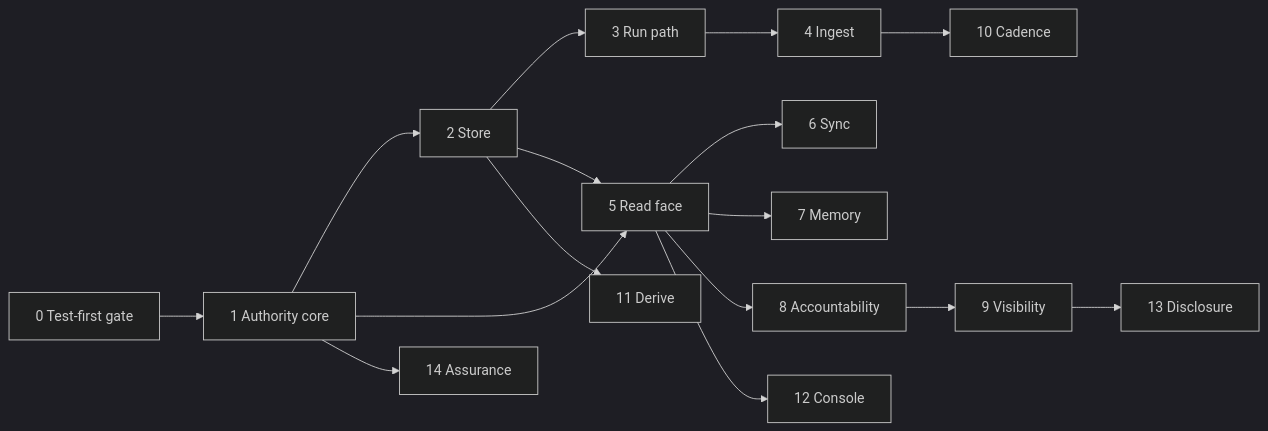
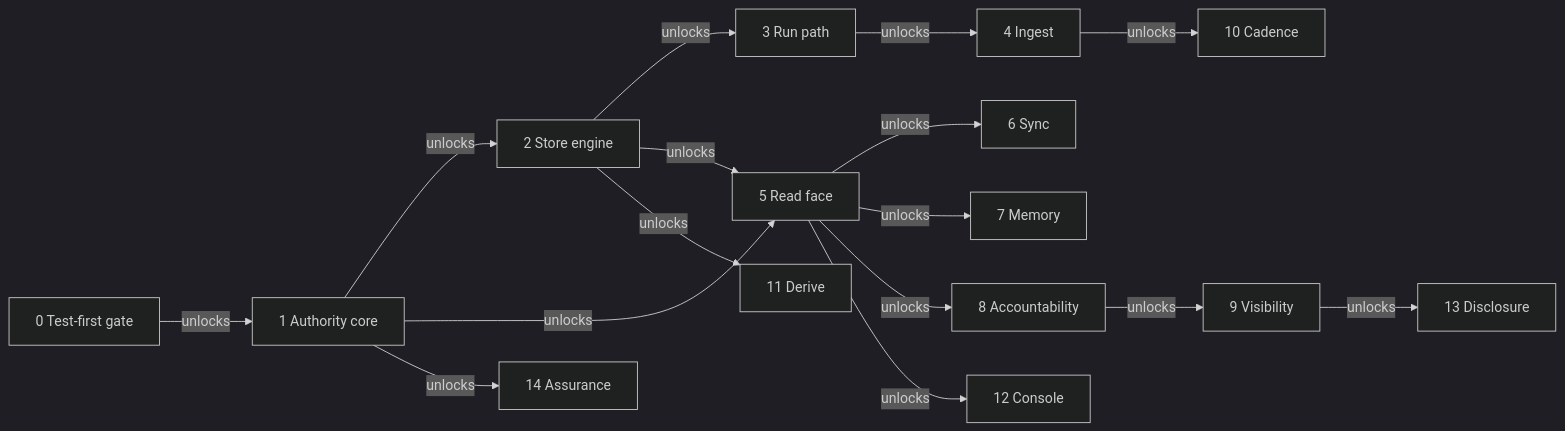
The diagram in spec/roadmap.md (fractalboxdev/contextful), drawn with Mermaid (dark theme) before and after one commit. The commit also changed 31 other files, not shown here.

First line of the commit message:
spec: every diagram draws things as nodes and what flows as labelled edges

````diff
--- a/spec/roadmap.md
+++ b/spec/roadmap.md
@@ -17,18 +17,18 @@
 ```mermaid
 flowchart LR
-  Z[0 Test-first gate] --> A
-  A[1 Authority core] --> B[2 Store]
-  B --> C[3 Run path]
-  C --> D[4 Ingest]
-  B --> E[5 Read face]
-  A --> E
-  E --> F[6 Sync]
-  E --> G[7 Memory]
-  E --> H[8 Accountability]
-  H --> I[9 Visibility]
-  D --> J[10 Cadence]
-  B --> K[11 Derive]
-  E --> L[12 Console]
-  I --> M[13 Disclosure]
-  A --> N[14 Assurance]
+  Z[0 Test-first gate] -->|unlocks| A
+  A[1 Authority core] -->|unlocks| B[2 Store engine]
+  B -->|unlocks| C[3 Run path]
+  C -->|unlocks| D[4 Ingest]
+  B -->|unlocks| E[5 Read face]
+  A -->|unlocks| E
+  E -->|unlocks| F[6 Sync]
+  E -->|unlocks| G[7 Memory]
+  E -->|unlocks| H[8 Accountability]
+  H -->|unlocks| I[9 Visibility]
+  D -->|unlocks| J[10 Cadence]
+  B -->|unlocks| K[11 Derive]
+  E -->|unlocks| L[12 Console]
+  I -->|unlocks| M[13 Disclosure]
+  A -->|unlocks| N[14 Assurance]
 ```
````
